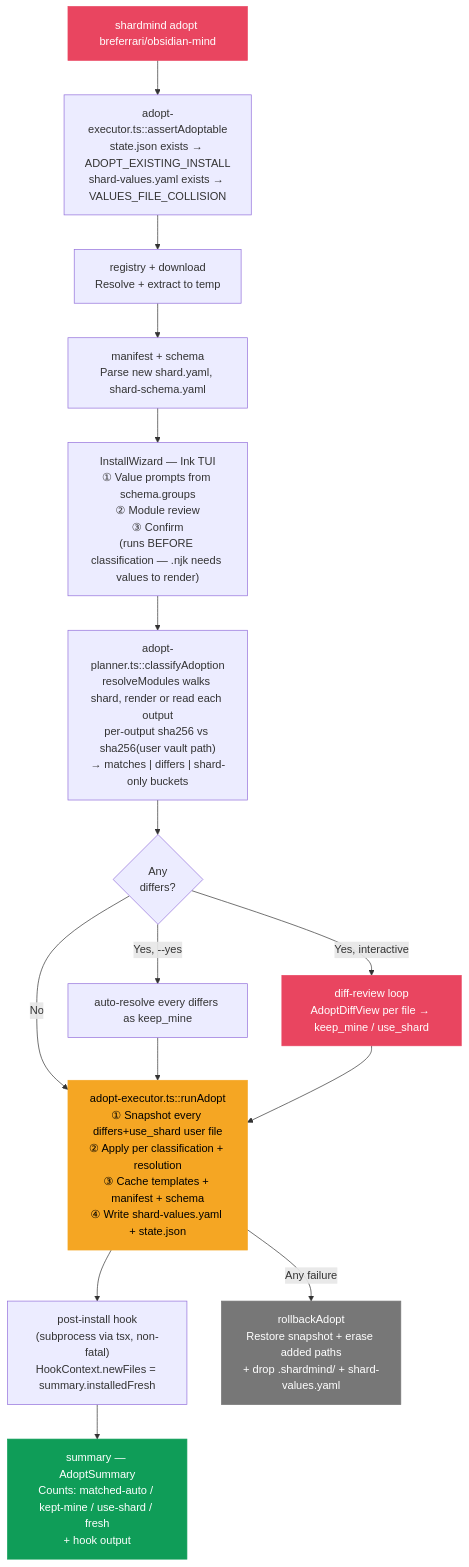
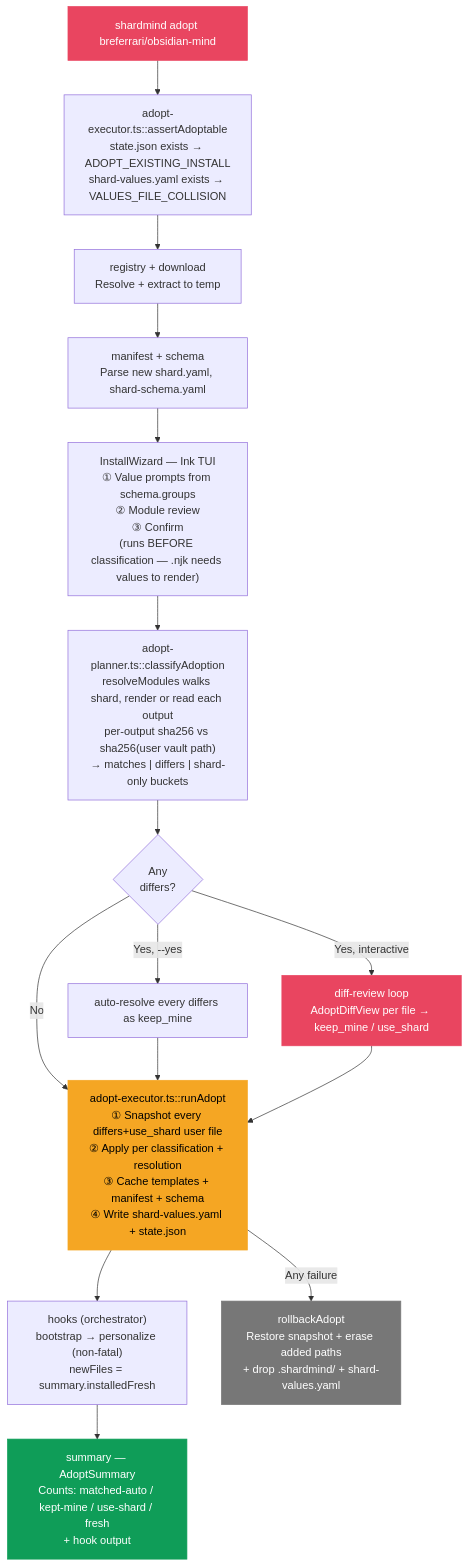
The fourth of 4 diagrams in docs/IMPLEMENTATION.md (breferrari/shardmind), drawn with Mermaid before and after one commit. The commit also changed other lines of this file and 55 other files, not shown here.

First line of the commit message:
feat(hooks): split post-install into bootstrap / personalize / post-update (#102) (#127)

````diff
--- a/docs/IMPLEMENTATION.md
+++ b/docs/IMPLEMENTATION.md
@@ -153,33 +153,33 @@
 ```mermaid
 graph TD
     A["shardmind adopt breferrari/obsidian-mind"] --> P1
     P1["adopt-executor.ts::assertAdoptable<br/>state.json exists → ADOPT_EXISTING_INSTALL<br/>shard-values.yaml exists → VALUES_FILE_COLLISION"] --> B
 
     B["registry + download<br/>Resolve + extract to temp"] --> C
     C["manifest + schema<br/>Parse new shard.yaml, shard-schema.yaml"] --> D
 
     D["InstallWizard — Ink TUI<br/>① Value prompts from schema.groups<br/>② Module review<br/>③ Confirm<br/>(runs BEFORE classification — .njk needs values to render)"] --> E
 
     E["adopt-planner.ts::classifyAdoption<br/>resolveModules walks shard, render or read each output<br/>per-output sha256 vs sha256(user vault path)<br/>→ matches | differs | shard-only buckets"] --> F1
 
     F1{Any<br/>differs?}
     F1 -->|Yes, --yes| F2["auto-resolve every differs as keep_mine"]
     F1 -->|Yes, interactive| F3["diff-review loop<br/>AdoptDiffView per file → keep_mine / use_shard"]
     F1 -->|No| G
 
     F2 --> G
     F3 --> G
 
     G["adopt-executor.ts::runAdopt<br/>① Snapshot every differs+use_shard user file<br/>② Apply per classification + resolution<br/>③ Cache templates + manifest + schema<br/>④ Write shard-values.yaml + state.json"] --> H
 
-    H["post-install hook<br/>(subprocess via tsx, non-fatal)<br/>HookContext.newFiles = summary.installedFresh"] --> I
+    H["hooks (orchestrator)<br/>bootstrap → personalize (non-fatal)<br/>newFiles = summary.installedFresh"] --> I
     I["summary — AdoptSummary<br/>Counts: matched-auto / kept-mine / use-shard / fresh<br/>+ hook output"]
 
     G -->|Any failure| R["rollbackAdopt<br/>Restore snapshot + erase added paths<br/>+ drop .shardmind/ + shard-values.yaml"]
 
     style A fill:#e94560,stroke:#e94560,color:#fff
     style F3 fill:#e94560,stroke:#e94560,color:#fff
     style G fill:#f5a623,stroke:#f5a623,color:#000
     style I fill:#0f9d58,stroke:#0f9d58,color:#fff
     style R fill:#777,stroke:#777,color:#fff
 ```
````
